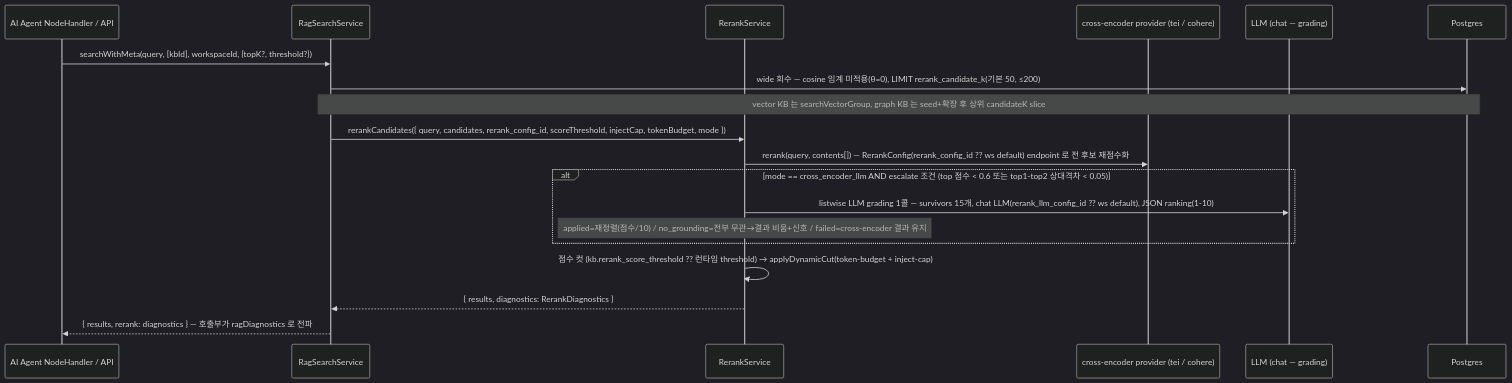
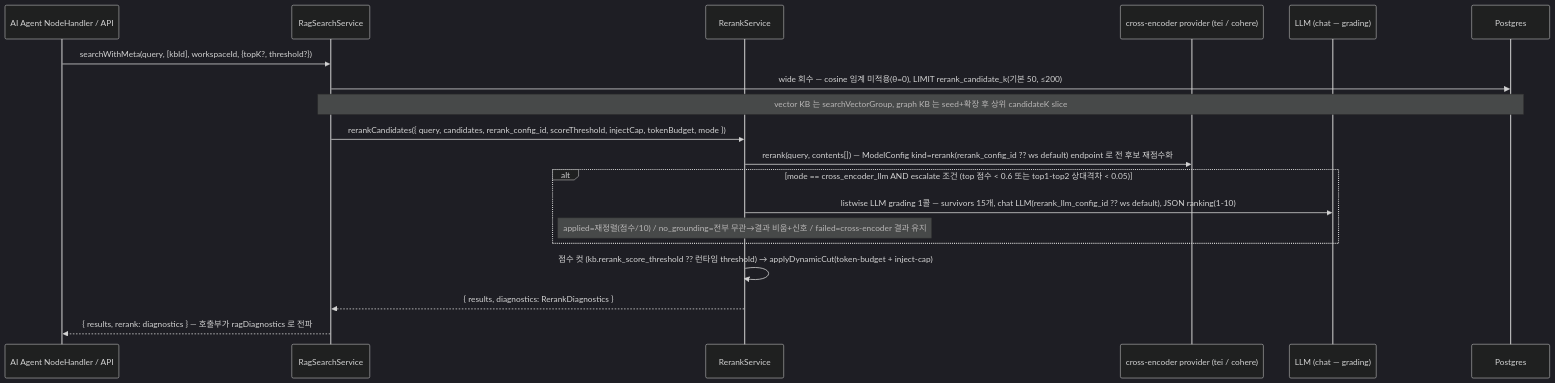
Before and after one commit to worker-ants/clemvion: the fourth of 6 diagrams in spec/data-flow/6-knowledge-base.md, drawn with Mermaid (dark theme). The commit also changed other lines of this file and 173 other files, not shown here.

````diff
--- a/spec/data-flow/6-knowledge-base.md
+++ b/spec/data-flow/6-knowledge-base.md
@@ -175,22 +175,22 @@
 ```mermaid
 sequenceDiagram
   participant H as AI Agent NodeHandler / API
   participant R as RagSearchService
   participant RS as RerankService
   participant XE as cross-encoder provider (tei / cohere)
   participant Lg as LLM (chat — grading)
   participant PG as Postgres
 
   H->>R: searchWithMeta(query, [kbId], workspaceId, {topK?, threshold?})
   R->>PG: wide 회수 — cosine 임계 미적용(θ=0), LIMIT rerank_candidate_k(기본 50, ≤200)
   Note over R,PG: vector KB 는 searchVectorGroup, graph KB 는 seed+확장 후 상위 candidateK slice
   R->>RS: rerankCandidates({ query, candidates, rerank_config_id, scoreThreshold, injectCap, tokenBudget, mode })
-  RS->>XE: rerank(query, contents[]) — RerankConfig(rerank_config_id ?? ws default) endpoint 로 전 후보 재점수화
+  RS->>XE: rerank(query, contents[]) — ModelConfig kind=rerank(rerank_config_id ?? ws default) endpoint 로 전 후보 재점수화
   alt mode == cross_encoder_llm AND escalate 조건 (top 점수 < 0.6 또는 top1-top2 상대격차 < 0.05)
     RS->>Lg: listwise LLM grading 1콜 — survivors 15개, chat LLM(rerank_llm_config_id ?? ws default), JSON ranking(1-10)
     Note over RS: applied=재정렬(점수/10) / no_grounding=전부 무관→결과 비움+신호 / failed=cross-encoder 결과 유지
   end
   RS->>RS: 점수 컷 (kb.rerank_score_threshold ?? 런타임 threshold) → applyDynamicCut(token-budget + inject-cap)
   RS-->>R: { results, diagnostics: RerankDiagnostics }
   R-->>H: { results, rerank: diagnostics } — 호출부가 ragDiagnostics 로 전파
 ```
````
